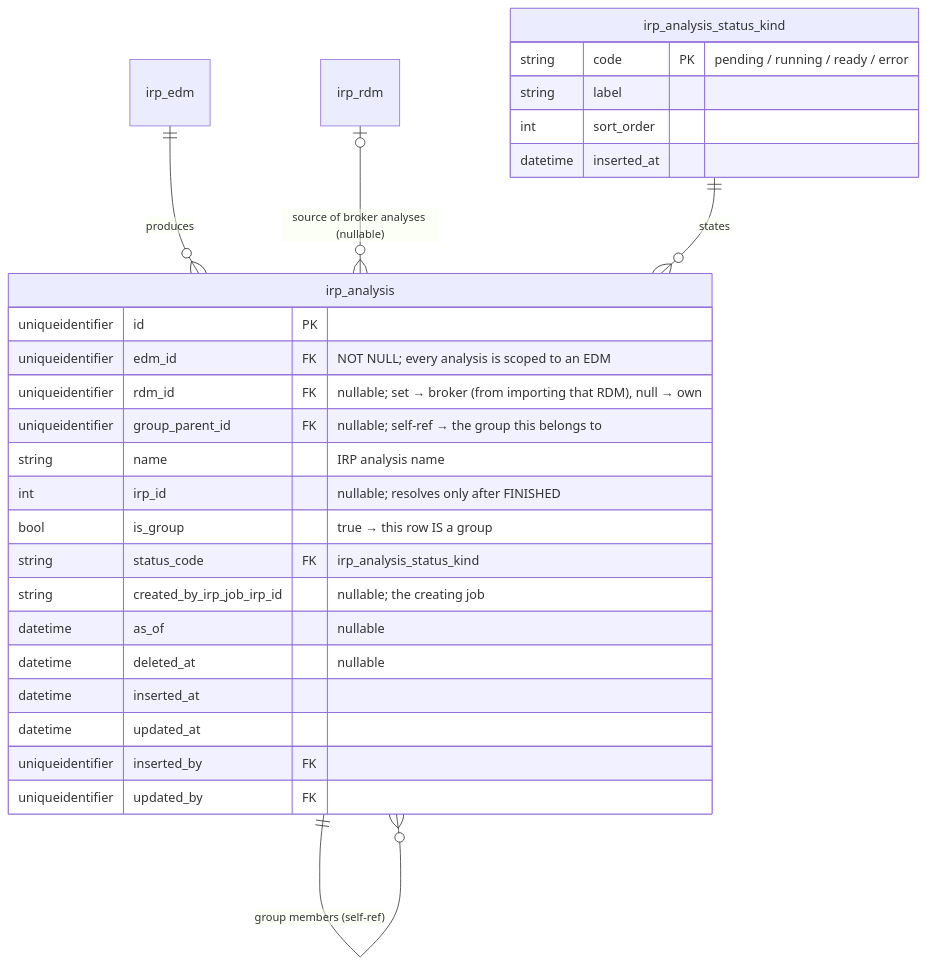
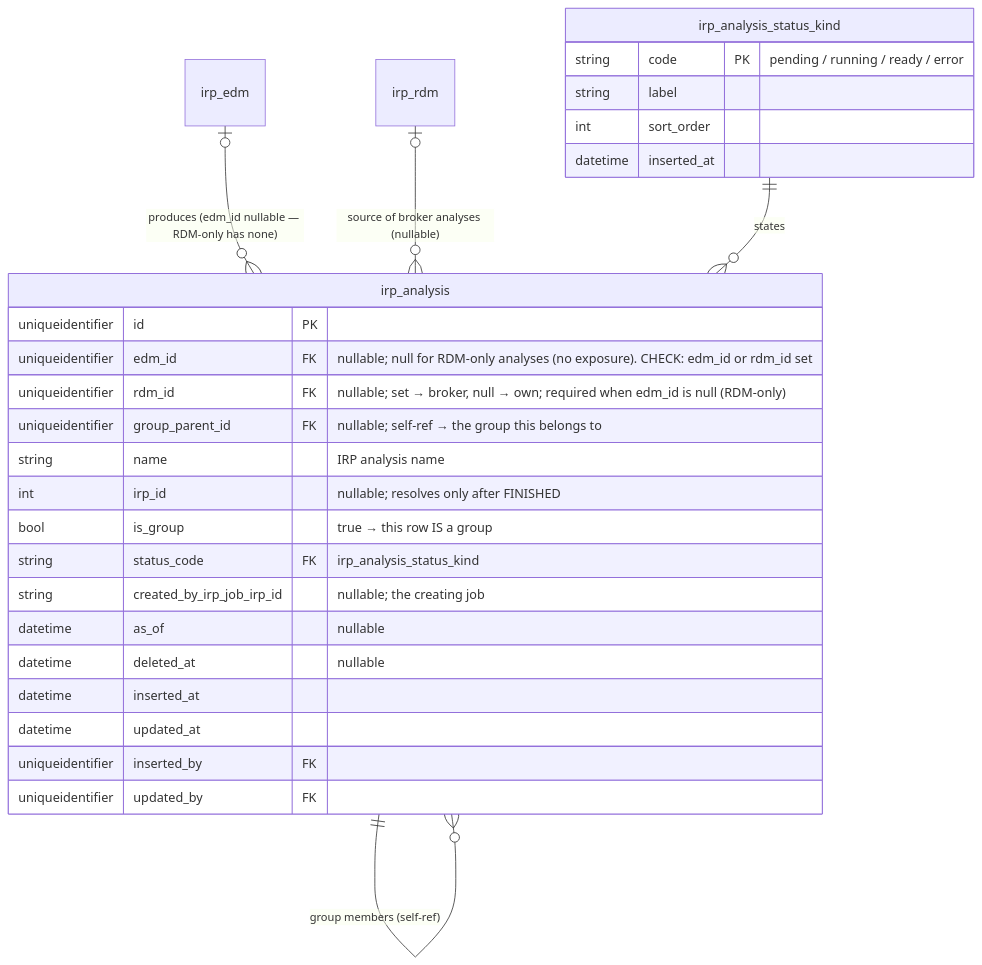
Before and after one commit to anilvenugopal/risk-workbench: the fourth of 9 diagrams in docs/DATA_MODEL.md, drawn with Mermaid. The commit also changed other lines of this file and 2 other files, not shown here.

````diff
--- a/docs/DATA_MODEL.md
+++ b/docs/DATA_MODEL.md
@@ -263,31 +268,31 @@
 ```mermaid
 erDiagram
-  irp_edm ||--o{ irp_analysis : produces
+  irp_edm |o--o{ irp_analysis : "produces (edm_id nullable — RDM-only has none)"
   irp_rdm |o--o{ irp_analysis : "source of broker analyses (nullable)"
   irp_analysis ||--o{ irp_analysis : "group members (self-ref)"
   irp_analysis_status_kind ||--o{ irp_analysis : states
 
   irp_analysis {
     uniqueidentifier id PK
-    uniqueidentifier edm_id FK "NOT NULL; every analysis is scoped to an EDM"
-    uniqueidentifier rdm_id FK "nullable; set → broker (from importing that RDM), null → own"
+    uniqueidentifier edm_id FK "nullable; null for RDM-only analyses (no exposure). CHECK: edm_id or rdm_id set"
+    uniqueidentifier rdm_id FK "nullable; set → broker, null → own; required when edm_id is null (RDM-only)"
     uniqueidentifier group_parent_id FK "nullable; self-ref → the group this belongs to"
     string name "IRP analysis name"
     int irp_id "nullable; resolves only after FINISHED"
     bool is_group "true → this row IS a group"
     string status_code FK "irp_analysis_status_kind"
     string created_by_irp_job_irp_id "nullable; the creating job"
     datetime as_of "nullable"
     datetime deleted_at "nullable"
     datetime inserted_at
     datetime updated_at
     uniqueidentifier inserted_by FK
     uniqueidentifier updated_by FK
   }
   irp_analysis_status_kind {
     string code PK "pending / running / ready / error"
     string label
     int sort_order
     datetime inserted_at
   }
 ```
````
